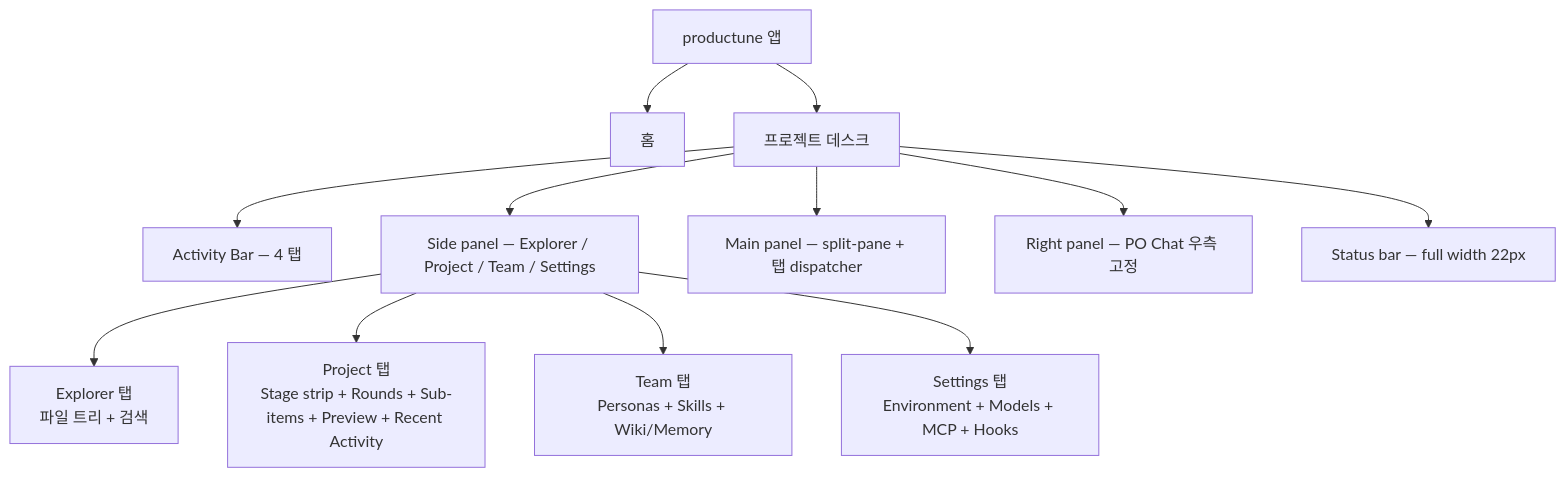
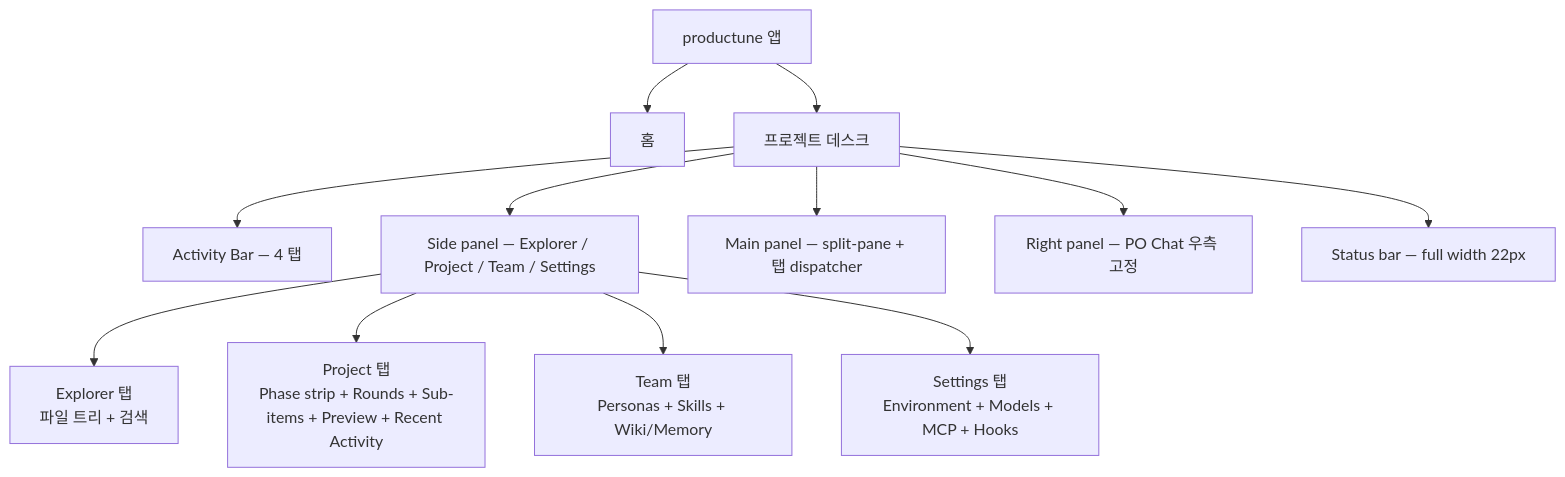
The fourth of 9 diagrams in docs/design/service-flow-and-screens.md (shawn-kim-axz/productune), drawn with Mermaid before and after one commit. The commit also changed other lines of this file and 80 other files, not shown here.

````diff
--- a/docs/design/service-flow-and-screens.md
+++ b/docs/design/service-flow-and-screens.md
@@ -92,14 +90,14 @@
 ```mermaid
 flowchart TB
   App[productune 앱] --> Home[홈]
   App --> Desk[프로젝트 데스크]
   Desk --> ActBar[Activity Bar — 4 탭]
   Desk --> SidePanel[Side panel — Explorer / Project / Team / Settings]
   Desk --> Main[Main panel — split-pane + 탭 dispatcher]
   Desk --> POChat[Right panel — PO Chat 우측 고정]
   Desk --> Status[Status bar — full width 22px]
   SidePanel --> Explorer[Explorer 탭<br/>파일 트리 + 검색]
-  SidePanel --> Project[Project 탭<br/>Stage strip + Rounds + Sub-items + Preview + Recent Activity]
+  SidePanel --> Project[Project 탭<br/>Phase strip + Rounds + Sub-items + Preview + Recent Activity]
   SidePanel --> Team[Team 탭<br/>Personas + Skills + Wiki/Memory]
   SidePanel --> Settings[Settings 탭<br/>Environment + Models + MCP + Hooks]
 ```
````
